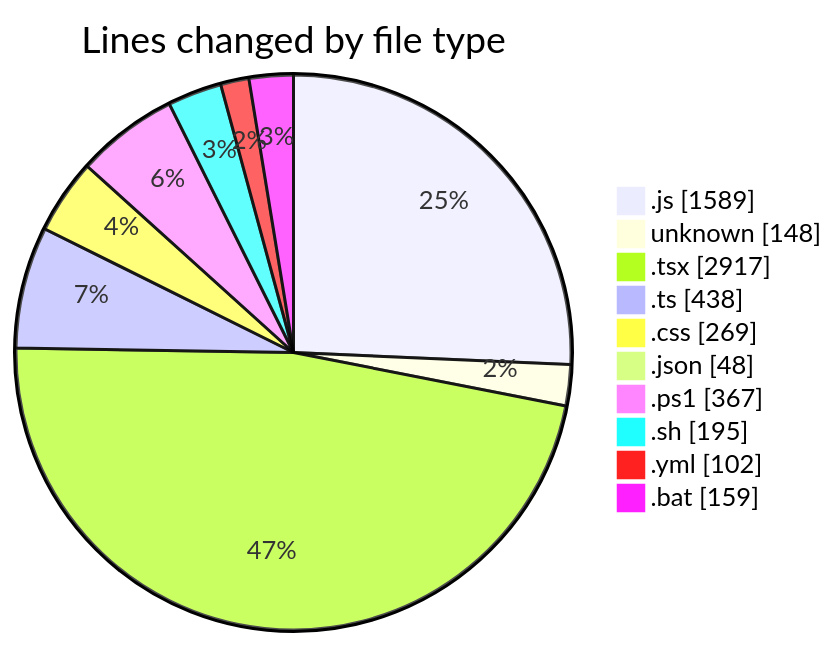
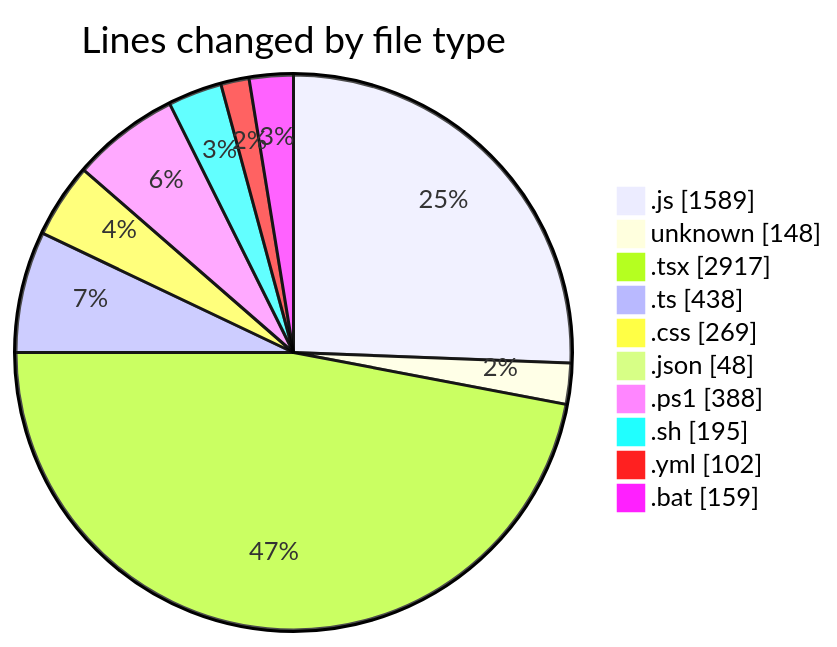
The first of 2 diagrams in 2025-08-06/napxuvn/README.md (lephambinh05/code-tracking), drawn with Mermaid before and after one commit. The commit also changed other lines of this file and 1 other file, not shown here.

````diff
--- a/2025-08-06/napxuvn/README.md
+++ b/2025-08-06/napxuvn/README.md
@@ -82,14 +83,14 @@
 ```mermaid
 pie showData
 title Lines changed by file type
 ".js" : 1589
 "unknown" : 148
 ".tsx" : 2917
 ".ts" : 438
 ".css" : 269
 ".json" : 48
-".ps1" : 367
+".ps1" : 388
 ".sh" : 195
 ".yml" : 102
 ".bat" : 159
 ```
````
